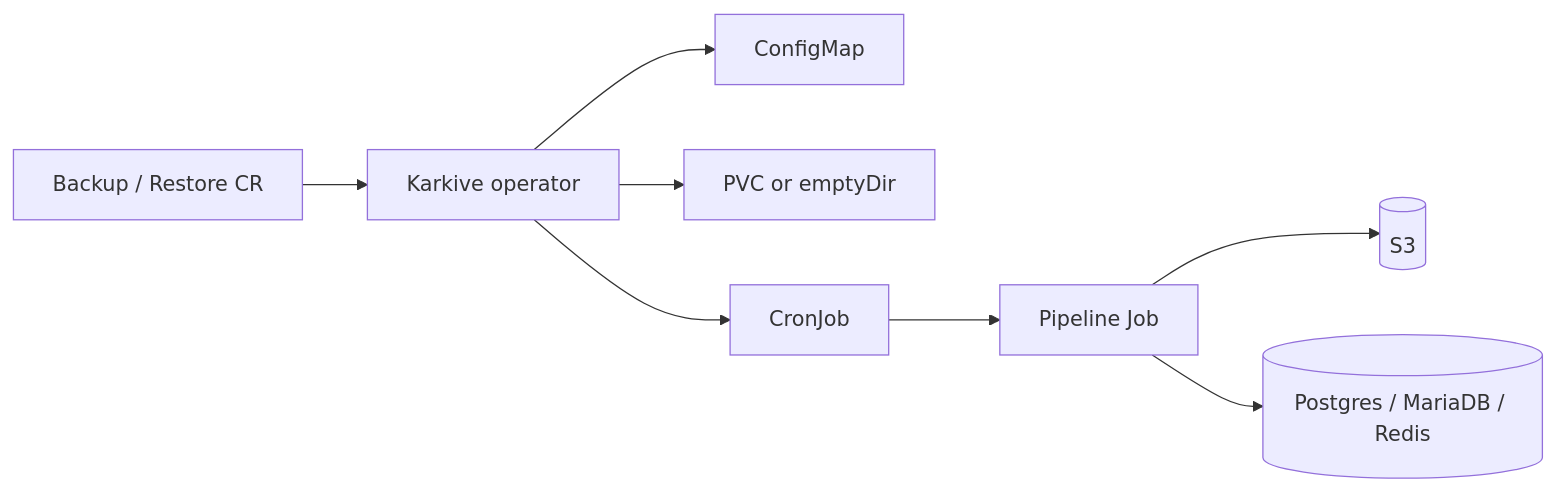
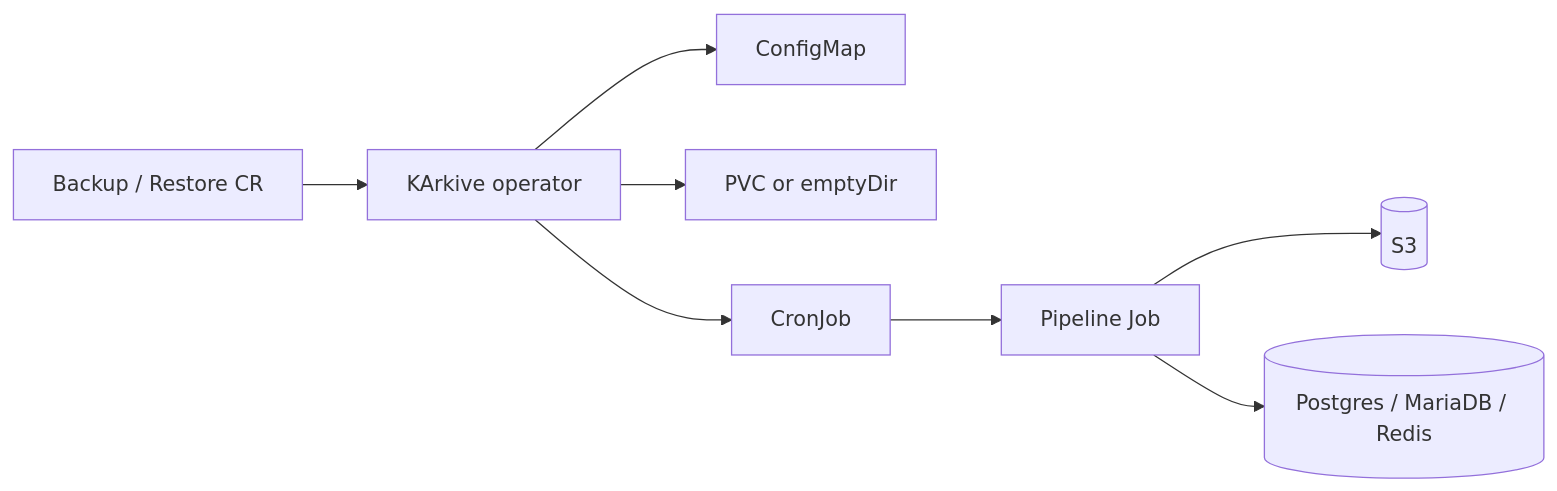
The diagram in README.md (mahdidarabi/KArkive), drawn with Mermaid before and after one commit. The commit also changed other lines of this file and 30 other files, not shown here.

````diff
--- a/README.md
+++ b/README.md
@@ -46,10 +46,10 @@
 ```mermaid
 flowchart LR
-  CR["Backup / Restore CR"] --> OP[Karkive operator]
+  CR["Backup / Restore CR"] --> OP[KArkive operator]
   OP --> CM[ConfigMap]
   OP --> PVC[PVC or emptyDir]
   OP --> CJ[CronJob]
   CJ --> P[Pipeline Job]
   P --> S3[(S3)]
   P --> DB[(Postgres / MariaDB / Redis)]
 ```
````
